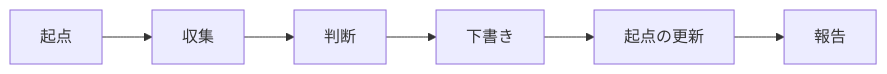
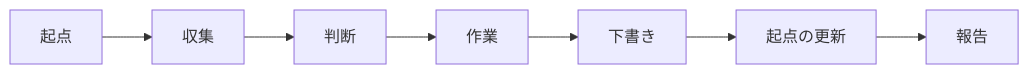
The diagram in .claude/scheduled-tasks/potts/SKILL.md (ac-nakamura-y/batb), drawn with Mermaid before and after one commit. The commit also changed other lines of this file and 2 other files, not shown here.

First line of the commit message:
Have Potts do the requested work before drafting replies

````diff
--- a/.claude/scheduled-tasks/potts/SKILL.md
+++ b/.claude/scheduled-tasks/potts/SKILL.md
@@ -18,8 +18,9 @@
 ```mermaid
 flowchart LR
   cursor[起点] --> collect[収集]
   collect --> select[判断]
-  select --> draft[下書き]
+  select --> work[作業]
+  work --> draft[下書き]
   draft --> update[起点の更新]
   update --> report[報告]
 ```
````
